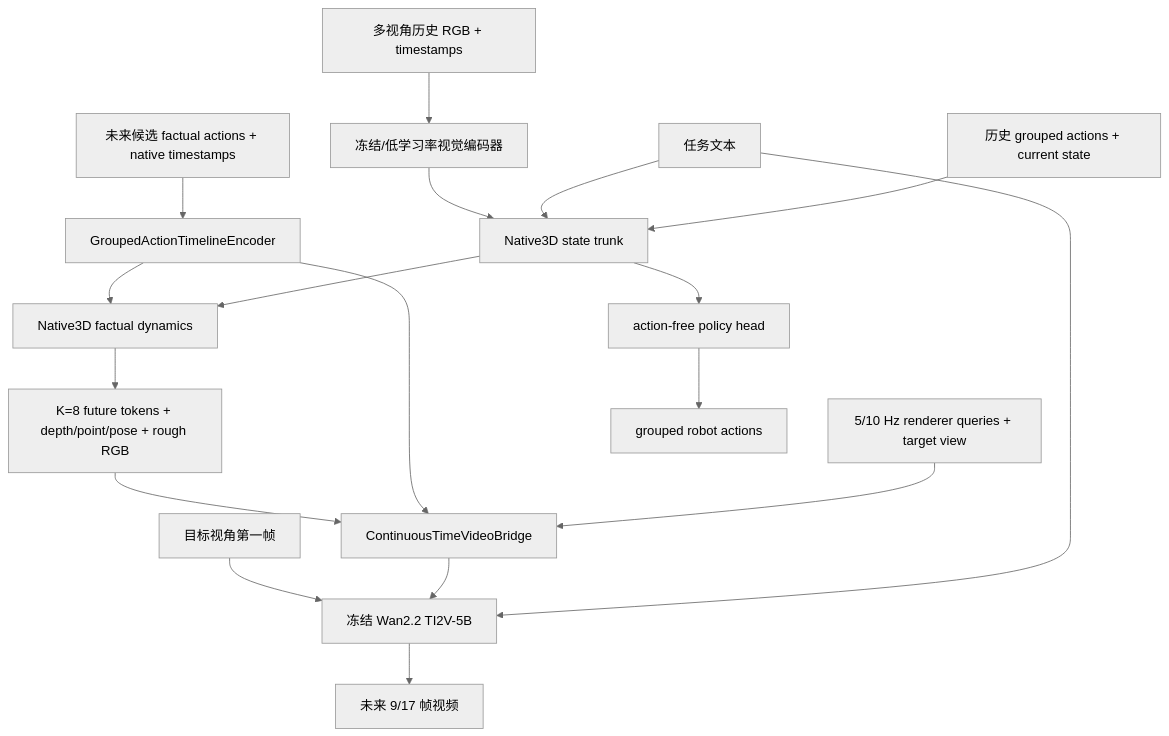
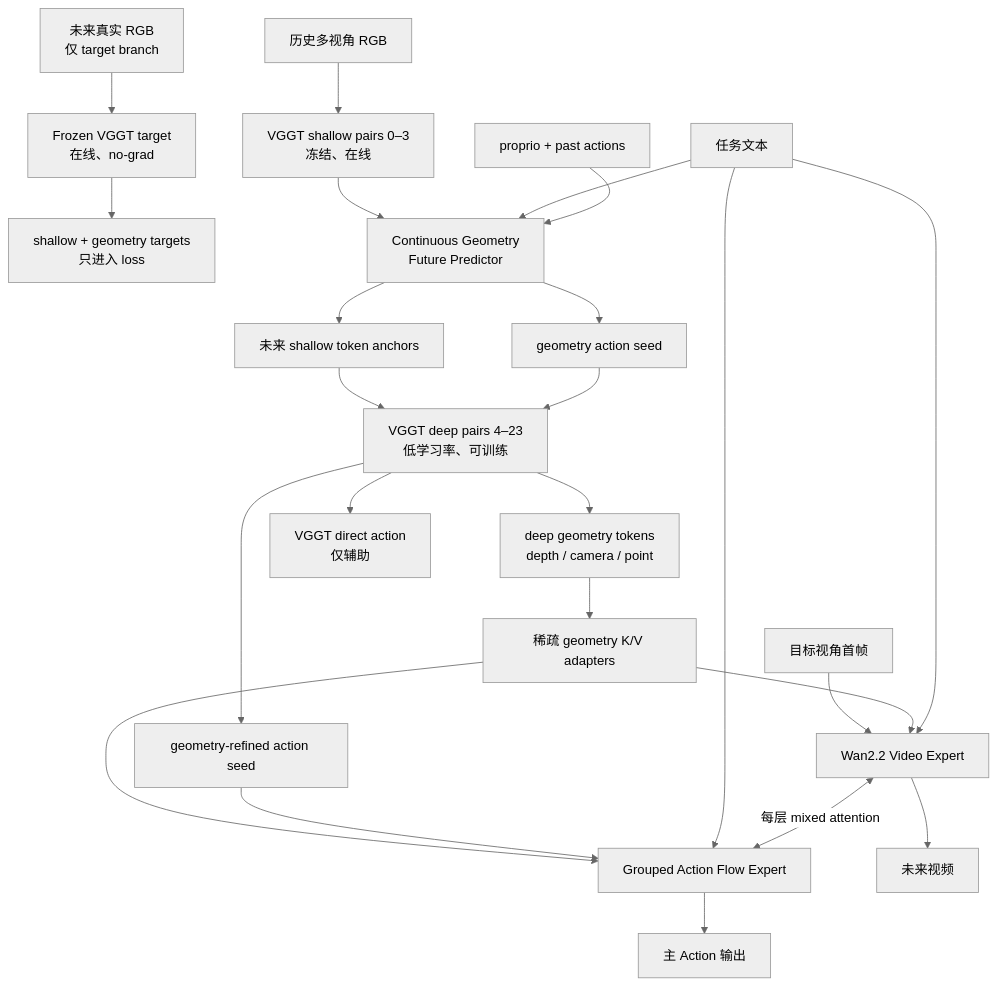
The second of 2 diagrams in docs/WM3D_WAM_V1_DESIGN.md (wxqnl/WM3D-WAM), drawn with Mermaid (neutral theme) before and after one commit. The commit also changed other lines of this file and 1 other file, not shown here.

Commit message:
docs: integrate online VGGT and Wan action expert

````diff
--- a/docs/WM3D_WAM_V1_DESIGN.md
+++ b/docs/WM3D_WAM_V1_DESIGN.md
@@ -367,23 +473,29 @@
-```mermaid
+~~~mermaid
 flowchart TD
-  OBS["多视角历史 RGB + timestamps"] --> ENC["冻结/低学习率视觉编码器"]
-  ENC --> N3D["Native3D state trunk"]
-  TASK["任务文本"] --> N3D
-  HIST["历史 grouped actions + current state"] --> N3D
+  RGB["历史多视角 RGB"] --> VS["VGGT shallow pairs 0–3<br/>冻结、在线"]
+  FUT["未来真实 RGB<br/>仅 target branch"] --> VT["Frozen VGGT target<br/>在线、no-grad"]
+  VT --> TGT["shallow + geometry targets<br/>只进入 loss"]
+  VS --> GFP["Continuous Geometry<br/>Future Predictor"]
+  TXT["任务文本"] --> GFP
+  PRO["proprio + past actions"] --> GFP
 
-  CAND["未来候选 factual actions + native timestamps"] --> ACT["GroupedActionTimelineEncoder"]
-  ACT --> DYN["Native3D factual dynamics"]
-  N3D --> DYN
-  DYN --> WORLD["K=8 future tokens + depth/point/pose + rough RGB"]
+  GFP --> FV["未来 shallow token anchors"]
+  GFP --> GS["geometry action seed"]
+  FV --> VD["VGGT deep pairs 4–23<br/>低学习率、可训练"]
+  GS --> VD
+  VD --> GEO["deep geometry tokens<br/>depth / camera / point"]
+  VD --> GACT["geometry-refined action seed"]
 
-  WORLD --> BRIDGE["ContinuousTimeVideoBridge"]
-  ACT --> BRIDGE
-  CLOCK["5/10 Hz renderer queries + target view"] --> BRIDGE
-  FIRST["目标视角第一帧"] --> WAN["冻结 Wan2.2 TI2V-5B"]
-  BRIDGE --> WAN
-  TASK --> WAN
-  WAN --> VIDEO["未来 9/17 帧视频"]
+  FIRST["目标视角首帧"] --> WV["Wan2.2 Video Expert"]
+  GEO --> FUSE["稀疏 geometry K/V adapters"]
+  FUSE --> WV
+  FUSE --> AF["Grouped Action Flow Expert"]
+  GACT --> AF
+  TXT --> WV
+  TXT --> AF
 
-  N3D --> POLICY["action-free policy head"]
-  POLICY --> ACTIONS["grouped robot actions"]
-```
+  WV <-->|"每层 mixed attention"| AF
+  WV --> VIDEO["未来视频"]
+  AF --> ACTION["主 Action 输出"]
+  VD --> AUX["VGGT direct action<br/>仅辅助"]
+~~~
````
